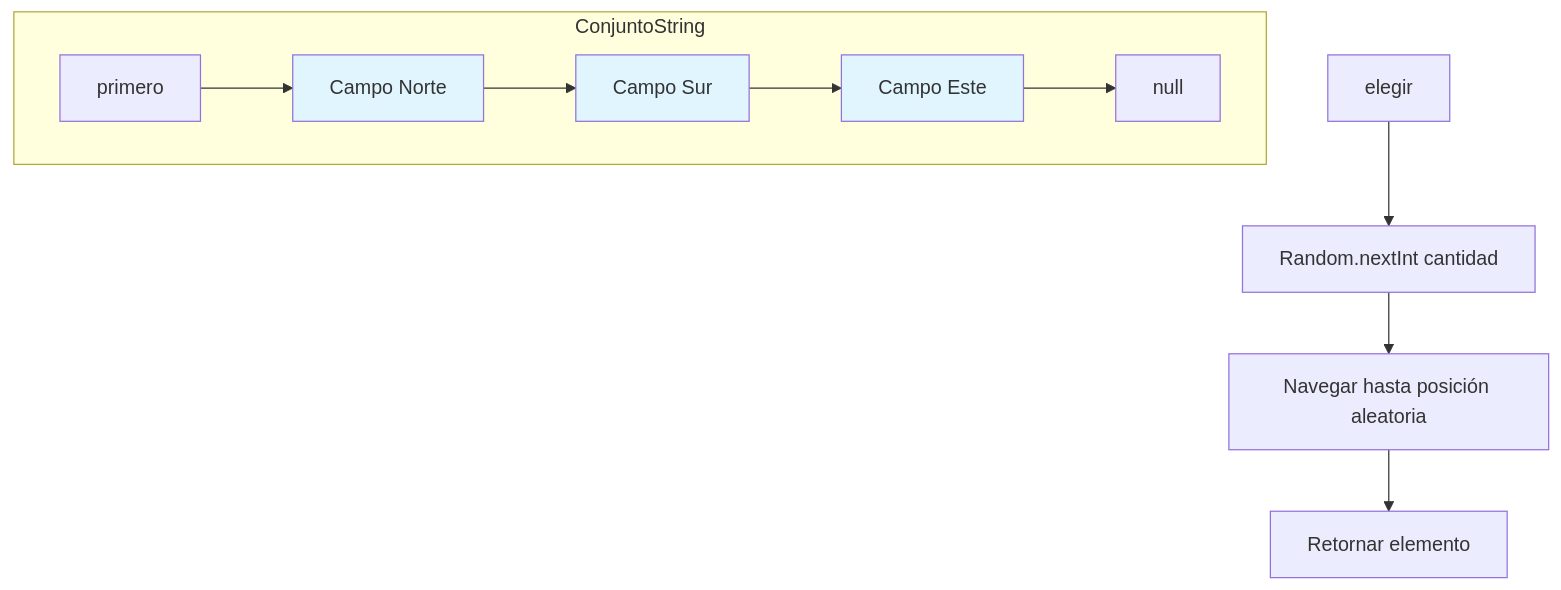
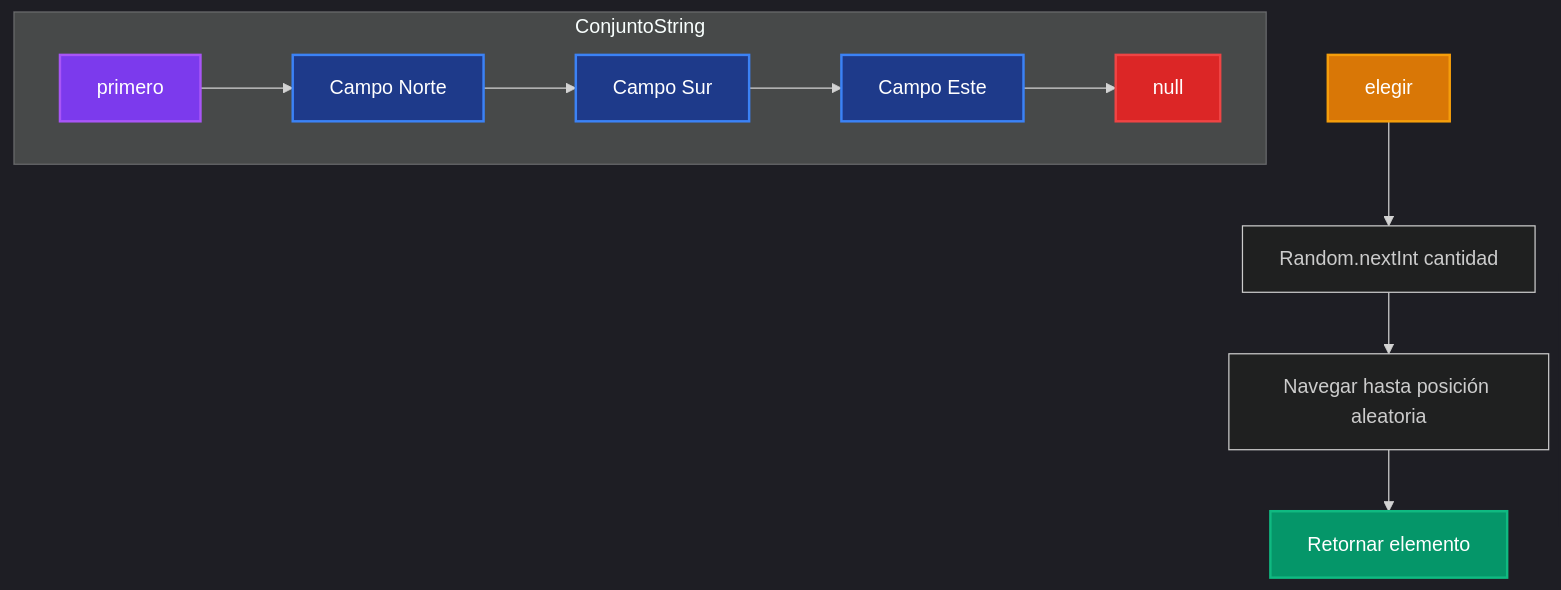
One commit to pybalt/algo2 changed diagram 13 of 19 in tp-final/README_IMPLEMENTACIONES.md. Above: the diagram before and after it, drawn with Mermaid. The commit also changed other lines of this file, not shown here.

Commit message:
Refine README_IMPLEMENTACIONES.md by enhancing dark mode support for mermaid diagrams and improving style consistency across various sections, ensuring better visual clarity.

````diff
--- a/tp-final/README_IMPLEMENTACIONES.md
+++ b/tp-final/README_IMPLEMENTACIONES.md
@@ -261,17 +298,22 @@
 ```mermaid
+%%{init: {'theme':'dark'}}%%
 graph TB
     subgraph "ConjuntoString"
         A[primero] --> B[Campo Norte]
         B --> C[Campo Sur]
         C --> D[Campo Este]
         D --> E[null]
     end
     
     F[elegir] --> G[Random.nextInt cantidad]
     G --> H[Navegar hasta posición aleatoria]
     H --> I[Retornar elemento]
     
-    style B fill:#e1f5fe
-    style C fill:#e1f5fe
-    style D fill:#e1f5fe
+    style A fill:#7c3aed,stroke:#a855f7,stroke-width:2px,color:#fff
+    style B fill:#1e3a8a,stroke:#3b82f6,stroke-width:2px,color:#fff
+    style C fill:#1e3a8a,stroke:#3b82f6,stroke-width:2px,color:#fff
+    style D fill:#1e3a8a,stroke:#3b82f6,stroke-width:2px,color:#fff
+    style E fill:#dc2626,stroke:#ef4444,stroke-width:2px,color:#fff
+    style F fill:#d97706,stroke:#f59e0b,stroke-width:2px,color:#fff
+    style I fill:#059669,stroke:#10b981,stroke-width:2px,color:#fff
 ```
````
